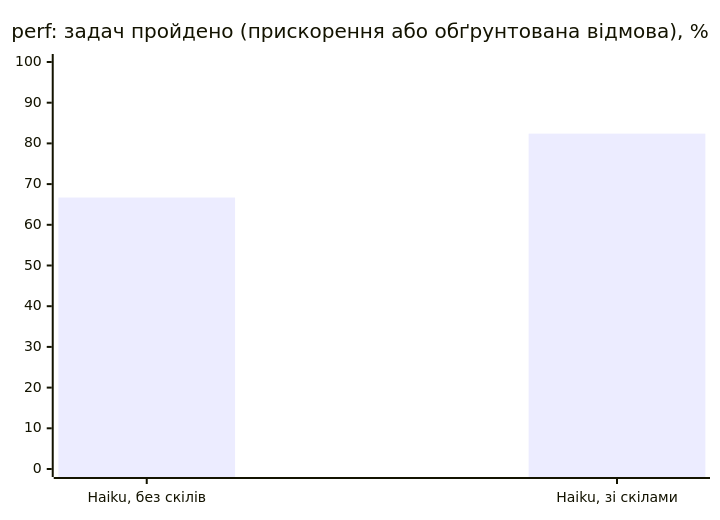
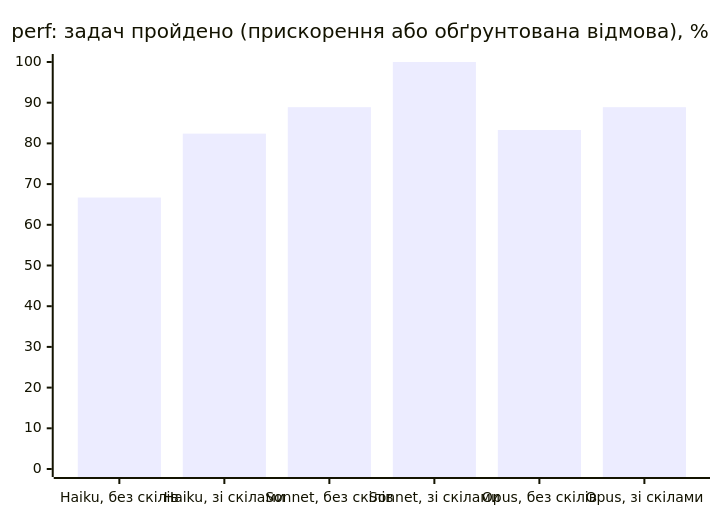
One commit to h0rn3t/golang-skills changed the sixth of 7 diagrams in README.uk.md. Above: the diagram before and after it, drawn with Mermaid. The commit also changed other lines of this file and 2 other files, not shown here.

````diff
--- a/README.uk.md
+++ b/README.uk.md
@@ -296,7 +298,7 @@
 ```mermaid
 xychart-beta
   title "perf: задач пройдено (прискорення або обґрунтована відмова), %"
-  x-axis ["Haiku, без скілів", "Haiku, зі скілами"]
+  x-axis ["Haiku, без скілів", "Haiku, зі скілами", "Sonnet, без скілів", "Sonnet, зі скілами", "Opus, без скілів", "Opus, зі скілами"]
   y-axis 0 --> 100
-  bar [66.7, 82.4]
+  bar [66.7, 82.4, 88.9, 100.0, 83.3, 88.9]
 ```
````
